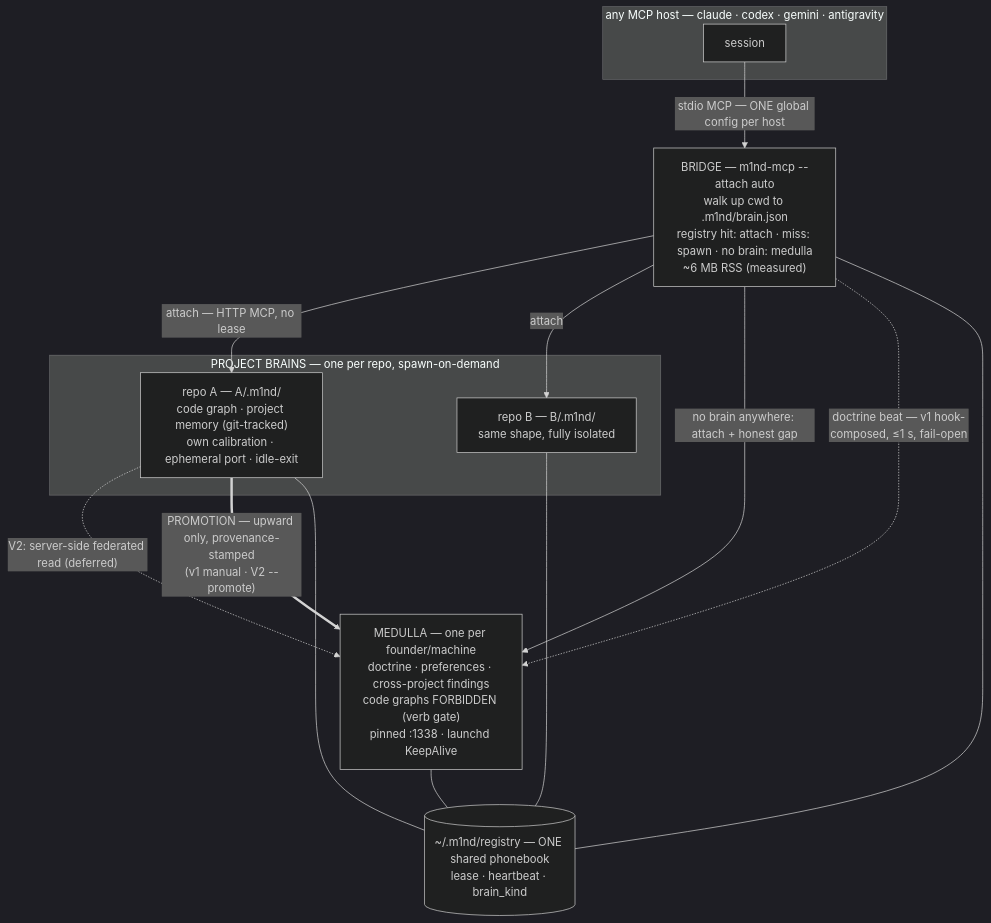
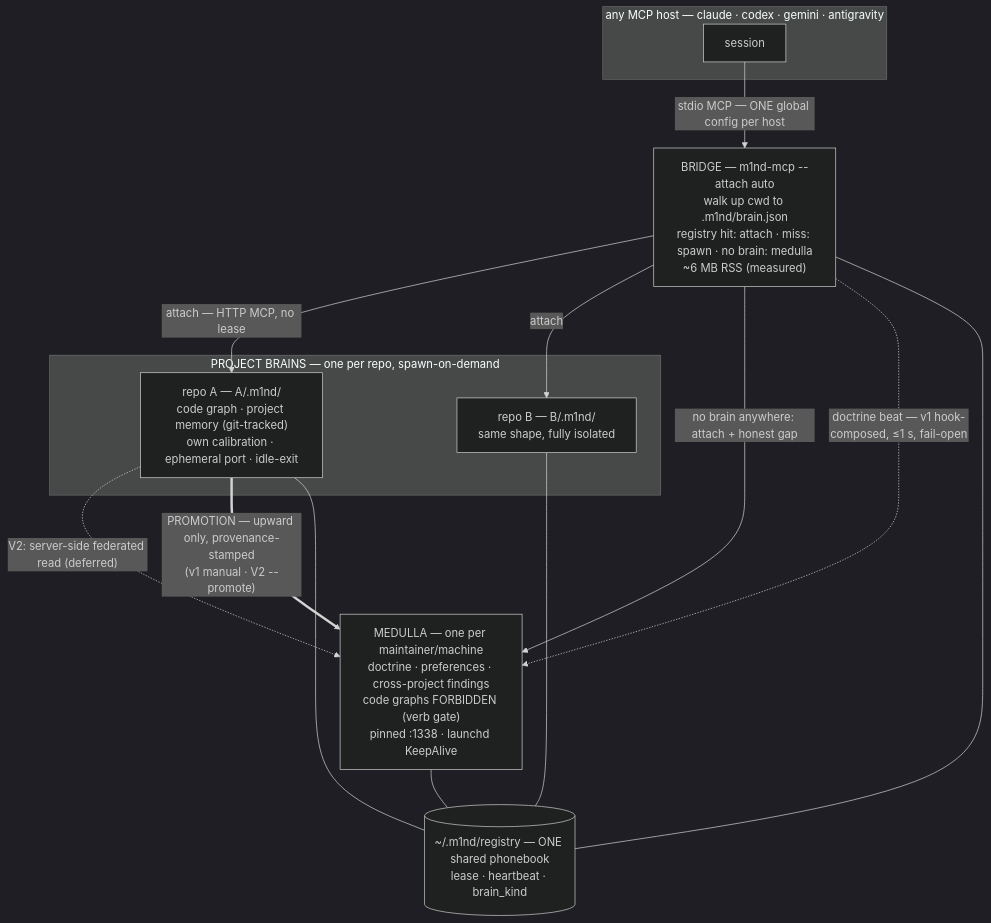
One commit to maxkle1nz/m1nd changed the first of 5 diagrams in docs/TWO-TIER-BRAIN-PRD.md. Above: the diagram before and after it, drawn with Mermaid (dark theme). The commit also changed other lines of this file and 3 other files, not shown here.

Commit message:
docs: sanitize cross-project + personal references (reputation, group 4)

````diff
--- a/docs/TWO-TIER-BRAIN-PRD.md
+++ b/docs/TWO-TIER-BRAIN-PRD.md
@@ -81,24 +81,24 @@
 ```mermaid
 flowchart TD
     subgraph HOSTS["any MCP host — claude · codex · gemini · antigravity"]
         H1["session"]
     end
     H1 -->|"stdio MCP — ONE global config per host"| BR
     BR["BRIDGE — m1nd-mcp --attach auto<br/>walk up cwd to .m1nd/brain.json<br/>registry hit: attach · miss: spawn · no brain: medulla<br/>~6 MB RSS (measured)"]
     subgraph TIER1["PROJECT BRAINS — one per repo, spawn-on-demand"]
         PA["repo A — A/.m1nd/<br/>code graph · project memory (git-tracked)<br/>own calibration · ephemeral port · idle-exit"]
         PB["repo B — B/.m1nd/<br/>same shape, fully isolated"]
     end
-    MED["MEDULLA — one per founder/machine<br/>doctrine · preferences · cross-project findings<br/>code graphs FORBIDDEN (verb gate)<br/>pinned :1338 · launchd KeepAlive"]
+    MED["MEDULLA — one per maintainer/machine<br/>doctrine · preferences · cross-project findings<br/>code graphs FORBIDDEN (verb gate)<br/>pinned :1338 · launchd KeepAlive"]
     BR -->|"attach — HTTP MCP, no lease"| PA
     BR -->|"attach"| PB
     BR -->|"no brain anywhere: attach + honest gap"| MED
     BR -.->|"doctrine beat — v1 hook-composed, ≤1 s, fail-open"| MED
     PA -.->|"V2: server-side federated read (deferred)"| MED
     PA ==>|"PROMOTION — upward only, provenance-stamped<br/>(v1 manual · V2 --promote)"| MED
     REG[("~/.m1nd/registry — ONE shared phonebook<br/>lease · heartbeat · brain_kind")]
     BR --- REG
     PA --- REG
     PB --- REG
     MED --- REG
 ```
````
